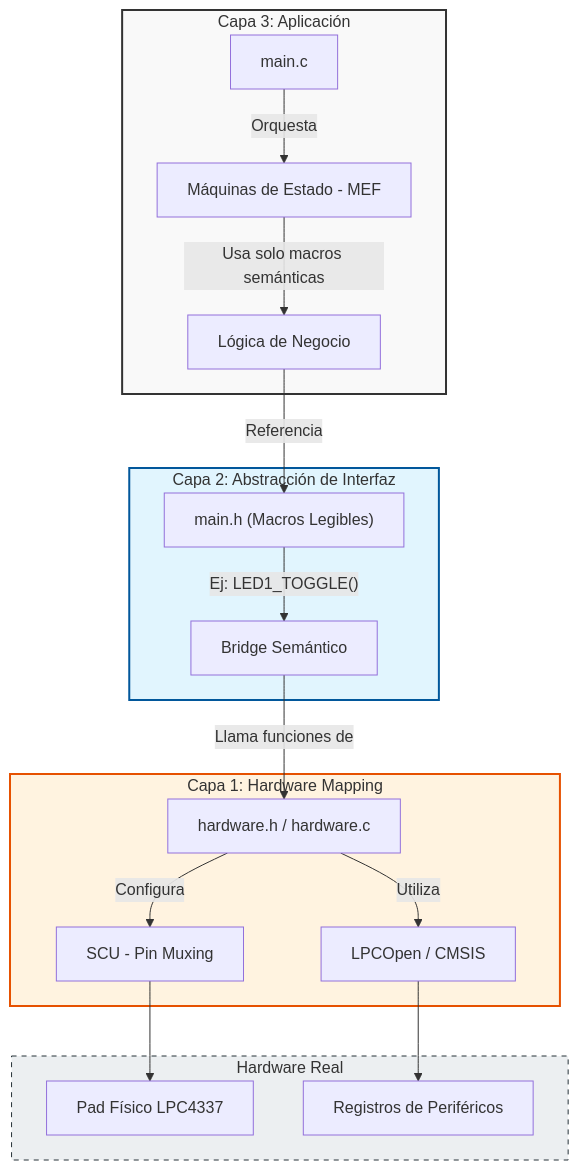
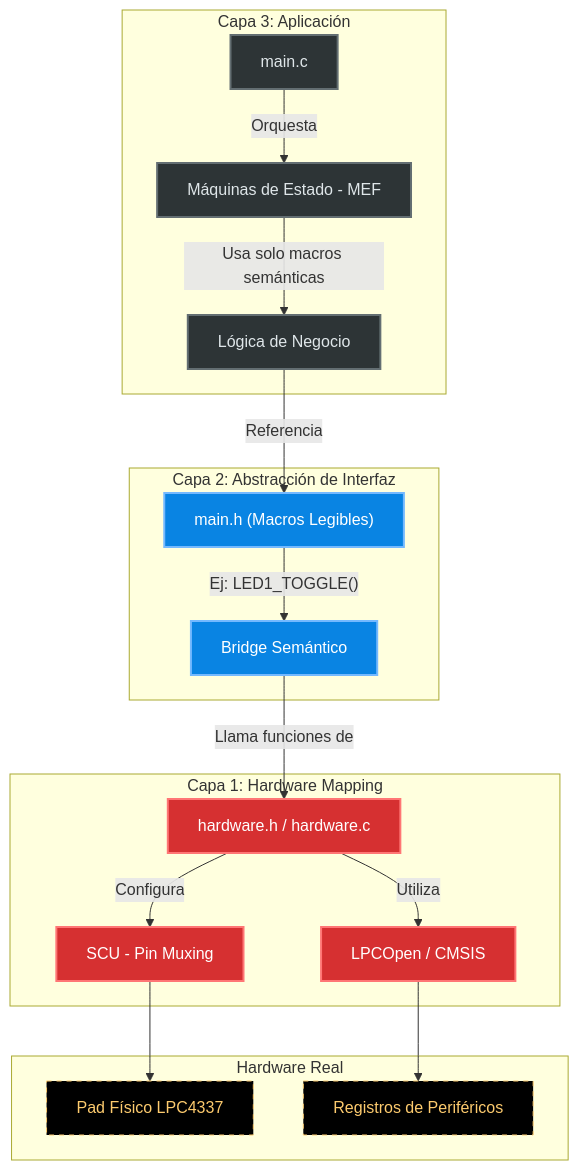
The diagram in README.md (CarlitozMF/Edu-CIAA-LPC4337-LPCOpen-Lab), drawn with Mermaid before and after one commit.

````diff
--- a/README.md
+++ b/README.md
@@ -28,30 +28,35 @@
 ```mermaid
 graph TD
     %% Definición de Nodos de Capas
     subgraph Capa_3 [Capa 3: Aplicación]
         A[main.c] -->|Orquesta| B[Máquinas de Estado - MEF]
         B -->|Usa solo macros semánticas| C[Lógica de Negocio]
     end
 
     subgraph Capa_2 [Capa 2: Abstracción de Interfaz]
         C -->|Referencia| D["main.h (Macros Legibles)"]
         D -->|"Ej: LED1_TOGGLE()"| E[Bridge Semántico]
     end
 
     subgraph Capa_1 [Capa 1: Hardware Mapping]
         E -->|Llama funciones de| F[hardware.h / hardware.c]
         F -->|Configura| G[SCU - Pin Muxing]
         F -->|Utiliza| H[LPCOpen / CMSIS]
     end
 
     subgraph Silicio [Hardware Real]
         G --> I[Pad Físico LPC4337]
         H --> J[Registros de Periféricos]
     end
 
-    %% Estilos de colores
-    style Capa_3 fill:#f9f9f9,stroke:#333,stroke-width:2px
-    style Capa_2 fill:#e1f5fe,stroke:#01579b,stroke-width:2px
-    style Capa_1 fill:#fff3e0,stroke:#e65100,stroke-width:2px
-    style Silicio fill:#eceff1,stroke:#263238,stroke-dasharray: 5 5
+    %% Estilos Profesionales (Esquema Industrial)
+    classDef capa3 fill:#2d3436,stroke:#636e72,color:#dfe6e9,stroke-width:2px;
+    classDef capa2 fill:#0984e3,stroke:#74b9ff,color:#fff,stroke-width:2px;
+    classDef capa1 fill:#d63031,stroke:#ff7675,color:#fff,stroke-width:2px;
+    classDef hardware fill:#000,stroke:#fdcb6e,color:#fdcb6e,stroke-dasharray: 5 5;
+
+    class A,B,C capa3;
+    class D,E capa2;
+    class F,G,H capa1;
+    class I,J hardware;
 ```
````
